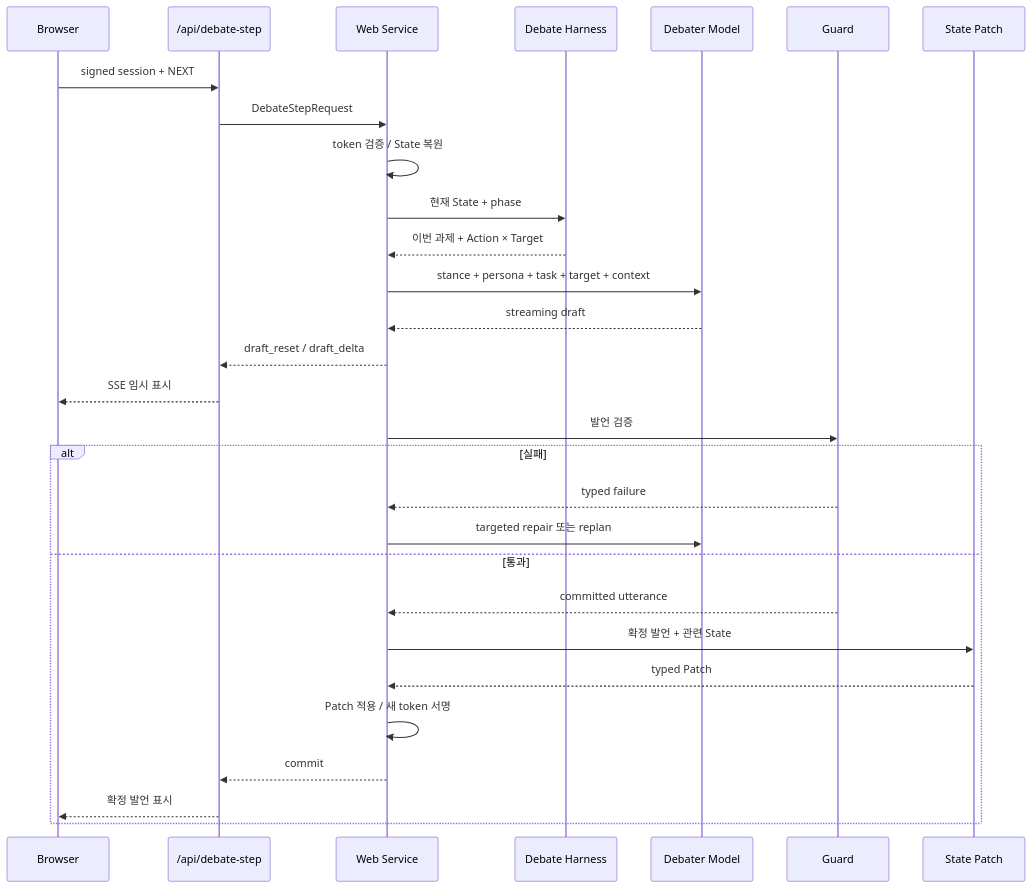
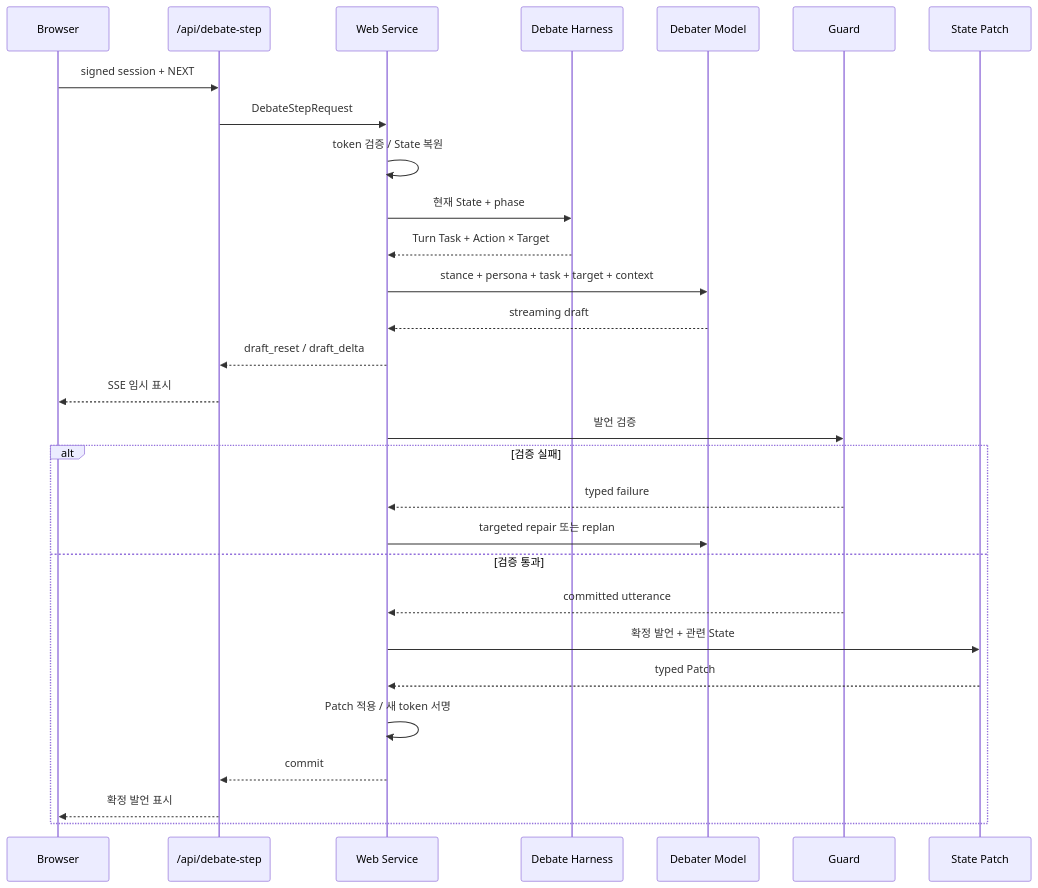
Before and after one commit to hodob/A1-3: the sixth of 9 diagrams in README.md, drawn with Mermaid. The commit also changed other lines of this file, not shown here.

Commit message:
Restore multi-view README architecture diagrams

````diff
--- a/README.md
+++ b/README.md
@@ -259,35 +324,36 @@
 ```mermaid
 sequenceDiagram
     participant B as Browser
     participant A as /api/debate-step
     participant W as Web Service
     participant H as Debate Harness
     participant D as Debater Model
     participant G as Guard
     participant S as State Patch
 
     B->>A: signed session + NEXT
     A->>W: DebateStepRequest
     W->>W: token 검증 / State 복원
+
     W->>H: 현재 State + phase
-    H-->>W: 이번 과제 + Action × Target
+    H-->>W: Turn Task + Action × Target
 
     W->>D: stance + persona + task + target + context
     D-->>W: streaming draft
     W-->>A: draft_reset / draft_delta
     A-->>B: SSE 임시 표시
 
     W->>G: 발언 검증
 
-    alt 실패
+    alt 검증 실패
         G-->>W: typed failure
         W->>D: targeted repair 또는 replan
-    else 통과
+    else 검증 통과
         G-->>W: committed utterance
         W->>S: 확정 발언 + 관련 State
         S-->>W: typed Patch
         W->>W: Patch 적용 / 새 token 서명
         W-->>A: commit
         A-->>B: 확정 발언 표시
     end
 ```
````
